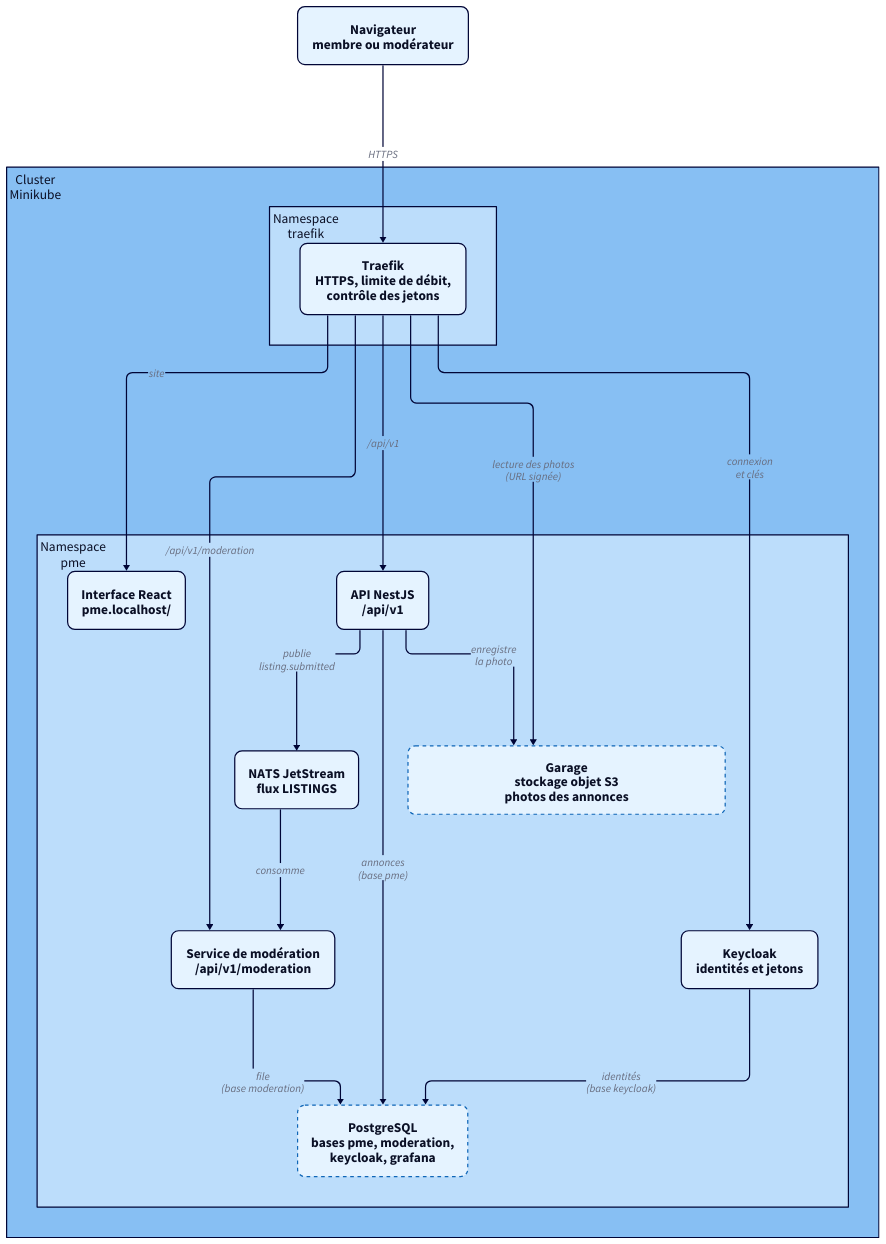
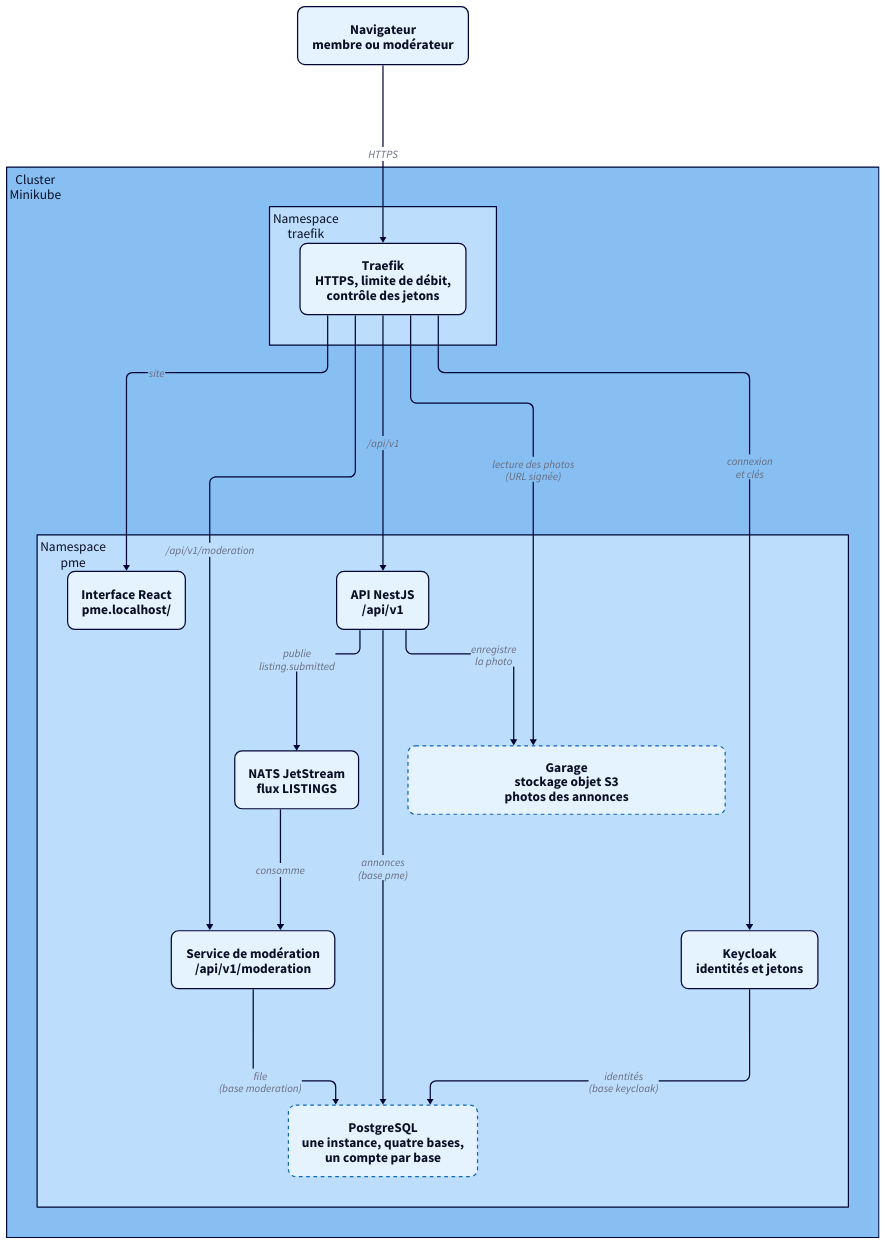
One commit to kitaah/pme changed the first of 2 diagrams in docs/architecture.md. Above: the diagram before and after it, drawn with D2. The commit also changed other lines of this file and 23 other files, not shown here.

````diff
--- a/docs/architecture.md
+++ b/docs/architecture.md
@@ -56,75 +56,75 @@
 ```d2
 vars: {
   d2-config: {
     layout-engine: elk
     theme-id: 5
     pad: 16
   }
 }
 direction: down
 
 classes: {
   boite: {
     style: {
       font-size: 22
       border-radius: 12
     }
   }
   donnee: {
     style: {
       font-size: 22
       border-radius: 12
       stroke-dash: 3
     }
   }
   lien: {
     style: {
       font-size: 18
     }
   }
 }
 
 navigateur: "Navigateur\nmembre ou modérateur" {class: boite}
 
 cluster: "Cluster\nMinikube" {
   style.font-size: 22
   label.near: top-left
 
   entree: "Namespace\ntraefik" {
     style.font-size: 22
     label.near: top-left
     traefik: "Traefik\nHTTPS, limite de débit,\ncontrôle des jetons" {class: boite}
   }
 
   pme: "Namespace\npme" {
     style.font-size: 22
     label.near: top-left
 
     frontend: "Interface React\npme.localhost/" {class: boite}
     api: "API NestJS\n/api/v1" {class: boite}
     moderation: "Service de modération\n/api/v1/moderation" {class: boite}
     keycloak: "Keycloak\nidentités et jetons" {class: boite}
     nats: "NATS JetStream\nflux LISTINGS" {class: boite}
-    postgres: "PostgreSQL\nbases pme, moderation,\nkeycloak, grafana" {class: donnee}
+    postgres: "PostgreSQL\nune instance, quatre bases,\nun compte par base" {class: donnee}
     garage: "Garage\nstockage objet S3\nphotos des annonces" {
       class: donnee
       width: 520
     }
 
     api -> nats: "publie\nlisting.submitted" {class: lien}
     nats -> moderation: "consomme" {class: lien}
     api -> postgres: "annonces\n(base pme)" {class: lien}
     moderation -> postgres: "file\n(base moderation)" {class: lien}
     keycloak -> postgres: "identités\n(base keycloak)" {class: lien}
     api -> garage: "enregistre\nla photo" {class: lien}
   }
 
   entree.traefik -> pme.frontend: "site" {class: lien}
   entree.traefik -> pme.api: "/api/v1" {class: lien}
   entree.traefik -> pme.moderation: "/api/v1/moderation" {class: lien}
   entree.traefik -> pme.keycloak: "connexion\net clés" {class: lien}
   entree.traefik -> pme.garage: "lecture des photos\n(URL signée)" {class: lien}
 }
 
 navigateur -> cluster.entree.traefik: "HTTPS" {class: lien}
 ```
````
